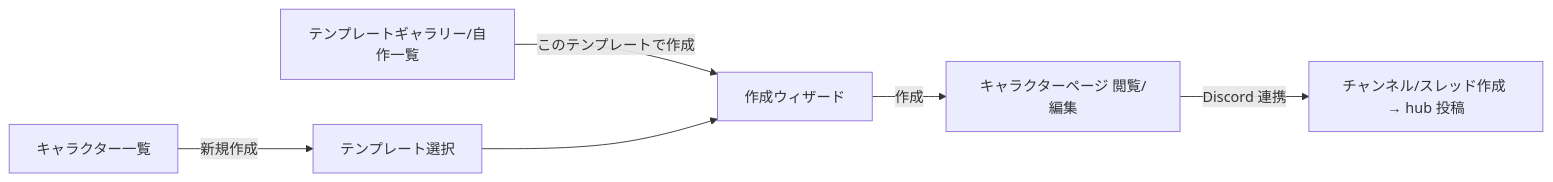
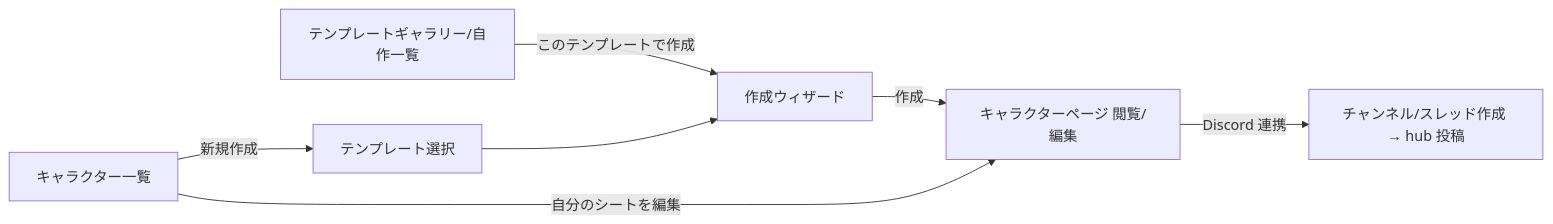
Before and after one commit to skn-1998/TRPG_DiscordApp: the diagram in document/character-sheet-proposals/design-v1-ui.md, drawn with Mermaid. The commit also changed other lines of this file and 4 other files, not shown here.

````diff
--- a/document/character-sheet-proposals/design-v1-ui.md
+++ b/document/character-sheet-proposals/design-v1-ui.md
@@ -74,7 +79,8 @@
 ```mermaid
 flowchart LR
   G[テンプレートギャラリー/自作一覧] -->|このテンプレートで作成| W[作成ウィザード]
   C[キャラクター一覧] -->|新規作成| T[テンプレート選択] --> W
   W -->|作成| P[キャラクターページ 閲覧/編集]
   P -->|Discord 連携| D[チャンネル/スレッド作成 → hub 投稿]
+  C -->|自分のシートを編集| P
 ```
````
